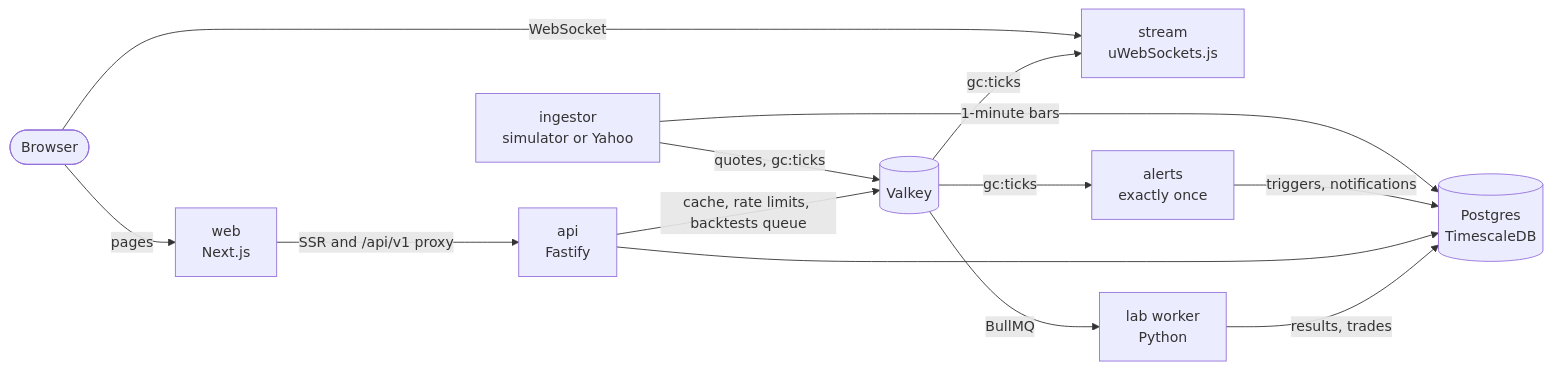
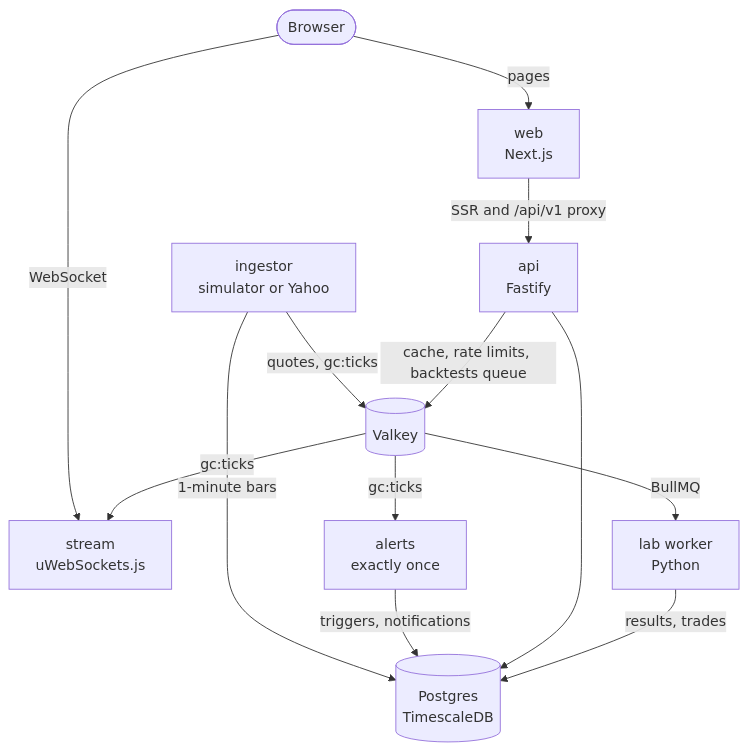
One commit to pazs10ve/GreenCircuits changed the first of 5 diagrams in README.md. Above: the diagram before and after it, drawn with Mermaid. The commit also changed other lines of this file and 3 other files, not shown here.

First line of the commit message:
Add a running guide, diagrams and measured capacity to the README

````diff
--- a/README.md
+++ b/README.md
@@ -44,15 +194,15 @@
 ```mermaid
-flowchart LR
+flowchart TB
   browser([Browser]) -- pages --> web[web<br/>Next.js]
+  browser -- WebSocket --> stream[stream<br/>uWebSockets.js]
   web -- SSR and /api/v1 proxy --> api[api<br/>Fastify]
-  browser -- WebSocket --> stream[stream<br/>uWebSockets.js]
   ingestor[ingestor<br/>simulator or Yahoo] -- quotes, gc:ticks --> valkey[(Valkey)]
   ingestor -- 1-minute bars --> pg[(Postgres<br/>TimescaleDB)]
   valkey -- gc:ticks --> stream
   valkey -- gc:ticks --> alerts[alerts<br/>exactly once]
   alerts -- triggers, notifications --> pg
   api --> pg
   api -- cache, rate limits, backtests queue --> valkey
   valkey -- BullMQ --> worker[lab worker<br/>Python]
   worker -- results, trades --> pg
 ```
````
